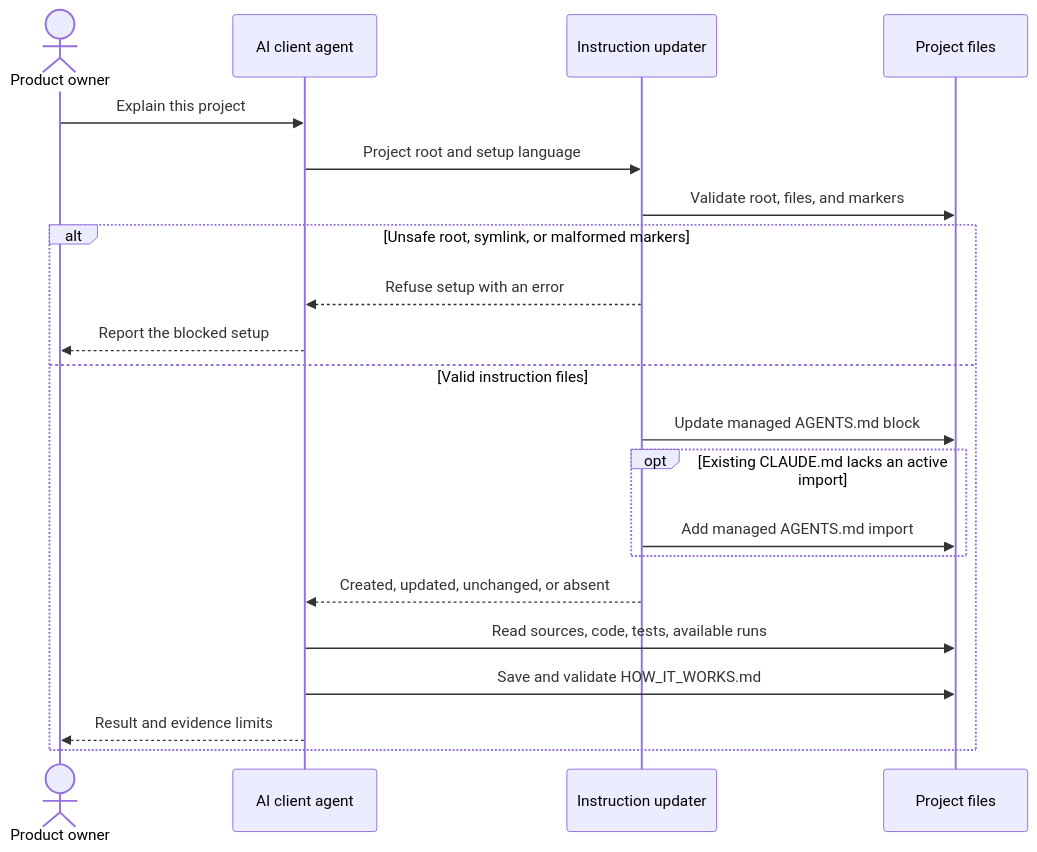
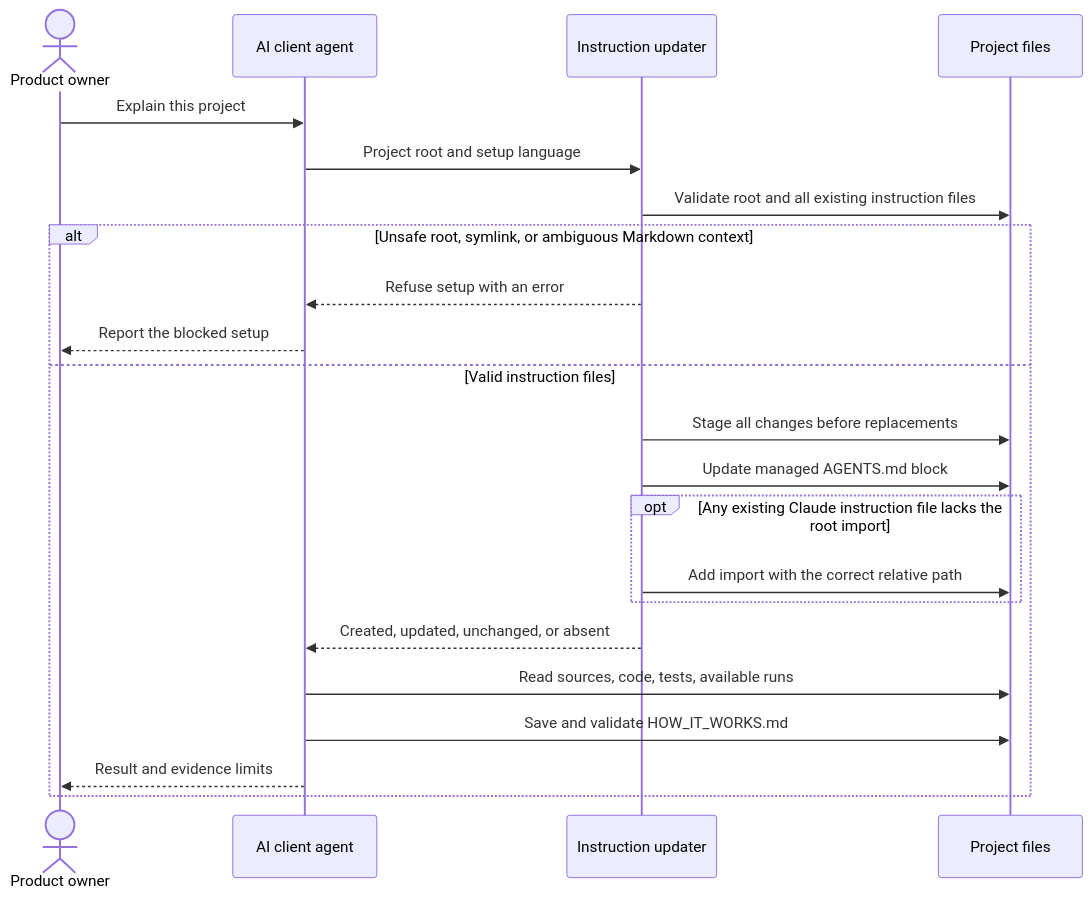
The second of 3 diagrams in HOW_IT_WORKS.md (joevilcai666/how-it-works-skill), drawn with Mermaid before and after one commit. The commit also changed other lines of this file and 12 other files, not shown here.

````diff
--- a/HOW_IT_WORKS.md
+++ b/HOW_IT_WORKS.md
@@ -52,23 +53,24 @@
 ```mermaid
 sequenceDiagram
   actor Owner as Product owner
   participant Agent as AI client agent
   participant Setup as Instruction updater
   participant Project as Project files
   Owner->>Agent: Explain this project
   Agent->>Setup: Project root and setup language
-  Setup->>Project: Validate root, files, and markers
-  alt Unsafe root, symlink, or malformed markers
+  Setup->>Project: Validate root and all existing instruction files
+  alt Unsafe root, symlink, or ambiguous Markdown context
     Setup-->>Agent: Refuse setup with an error
     Agent-->>Owner: Report the blocked setup
   else Valid instruction files
+    Setup->>Project: Stage all changes before replacements
     Setup->>Project: Update managed AGENTS.md block
-    opt Existing CLAUDE.md lacks an active import
-      Setup->>Project: Add managed AGENTS.md import
+    opt Any existing Claude instruction file lacks the root import
+      Setup->>Project: Add import with the correct relative path
     end
     Setup-->>Agent: Created, updated, unchanged, or absent
     Agent->>Project: Read sources, code, tests, available runs
     Agent->>Project: Save and validate HOW_IT_WORKS.md
     Agent-->>Owner: Result and evidence limits
   end
 ```
````
